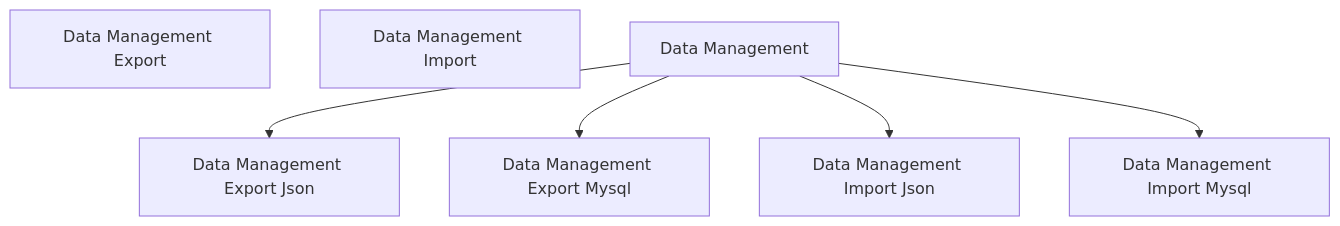
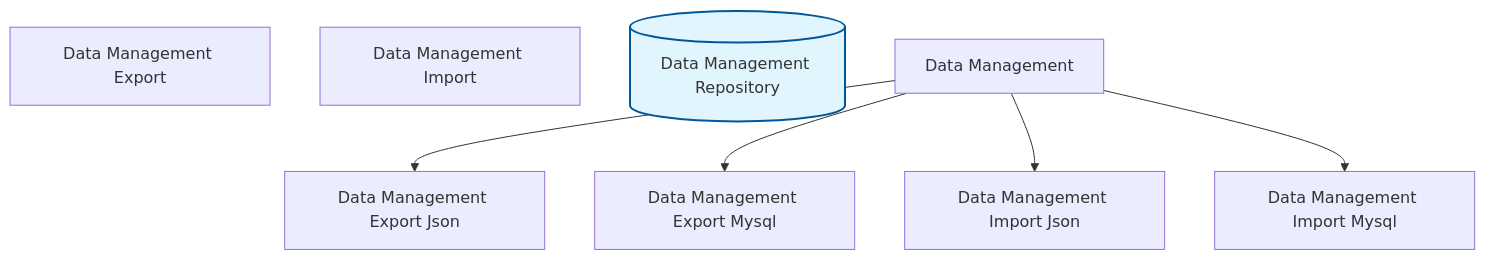
Before and after one commit to rpnunez/wp-ai-scheduler: diagram 14 of 19 in docs/feature-report.md, drawn with Mermaid. The commit also changed other lines of this file and 1 other file, not shown here.

````diff
--- a/docs/feature-report.md
+++ b/docs/feature-report.md
@@ -738,21 +756,23 @@
 ```mermaid
 flowchart TD
     %% Data Management Architecture
 
     Data_Management_Export_JSON["Data Management Export Json"]
     Data_Management_Export_MySQL["Data Management Export Mysql"]
     Data_Management_Export["Data Management Export"]
     Data_Management_Import_JSON["Data Management Import Json"]
     Data_Management_Import_MySQL["Data Management Import Mysql"]
     Data_Management_Import["Data Management Import"]
+    Data_Management_Repository[("Data Management Repository")]
     Data_Management["Data Management"]
 
     Data_Management --> Data_Management_Export_JSON
     Data_Management --> Data_Management_Export_MySQL
     Data_Management --> Data_Management_Import_JSON
     Data_Management --> Data_Management_Import_MySQL
 
     classDef repository fill:#e1f5ff,stroke:#01579b,stroke-width:2px
     classDef service fill:#fff3e0,stroke:#e65100,stroke-width:2px
     classDef controller fill:#f3e5f5,stroke:#4a148c,stroke-width:2px
+    class Data_Management_Repository repository
 ```
````
